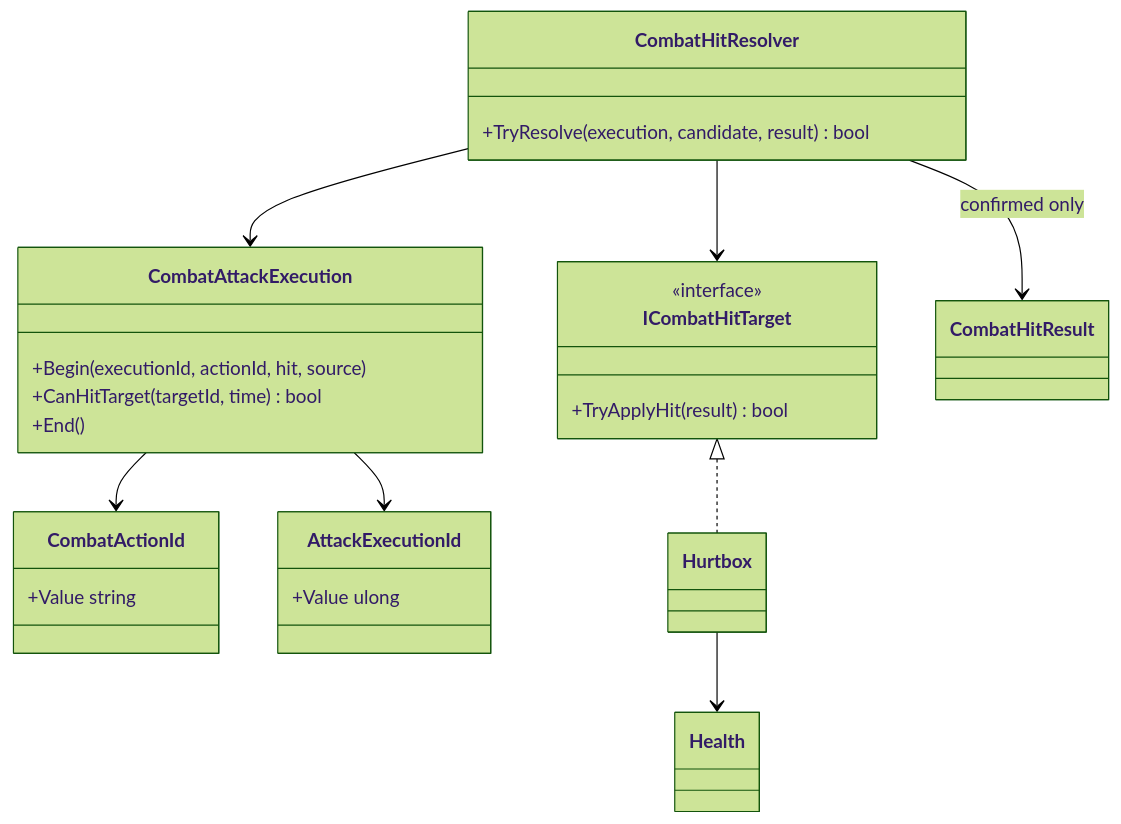
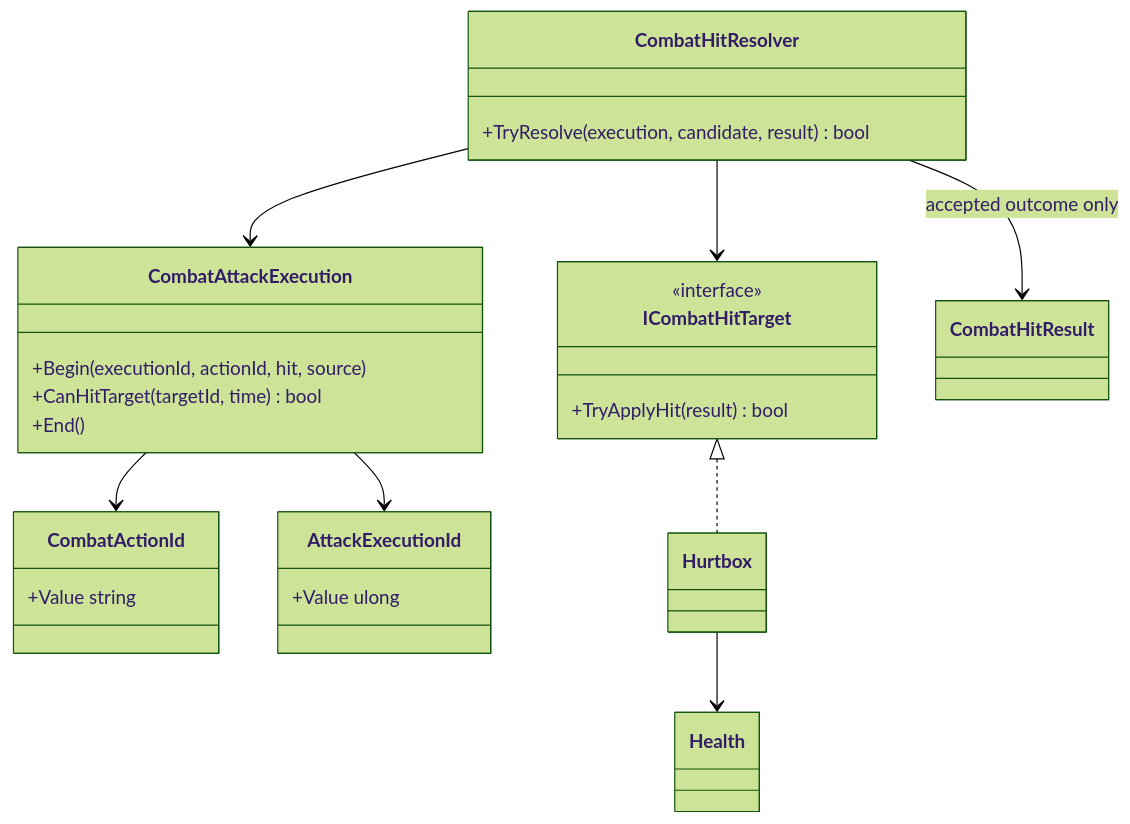
Before and after one commit to MaximFonariuc/project-s: the diagram in Assets/_App/Core/Runtime/Combat/Hits/README.md, drawn with Mermaid (forest theme). The commit also changed other lines of this file and 7 other files, not shown here.

Commit message:
refactor(combat): model defensive hit outcomes

````diff
--- a/Assets/_App/Core/Runtime/Combat/Hits/README.md
+++ b/Assets/_App/Core/Runtime/Combat/Hits/README.md
@@ -6,32 +6,32 @@
 ```mermaid
 classDiagram
     class CombatActionId {
         +Value string
     }
     class AttackExecutionId {
         +Value ulong
     }
     class CombatAttackExecution {
         +Begin(executionId, actionId, hit, source)
         +CanHitTarget(targetId, time) bool
         +End()
     }
     class CombatHitResolver {
         +TryResolve(execution, candidate, result) bool
     }
     class ICombatHitTarget {
         <<interface>>
         +TryApplyHit(result) bool
     }
     class CombatHitResult
     class Hurtbox
     class Health
 
     CombatAttackExecution --> AttackExecutionId
     CombatAttackExecution --> CombatActionId
     CombatHitResolver --> CombatAttackExecution
     CombatHitResolver --> ICombatHitTarget
-    CombatHitResolver --> CombatHitResult : confirmed only
+    CombatHitResolver --> CombatHitResult : accepted outcome only
     ICombatHitTarget <|.. Hurtbox
     Hurtbox --> Health
 ```
````
